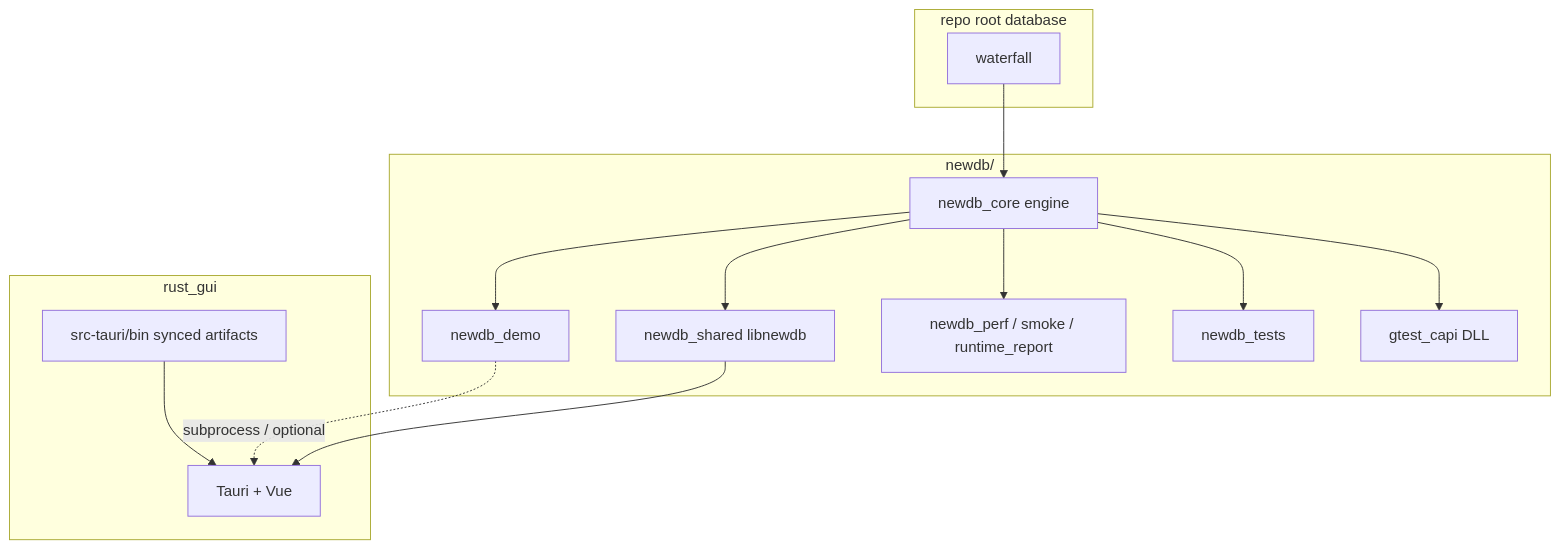
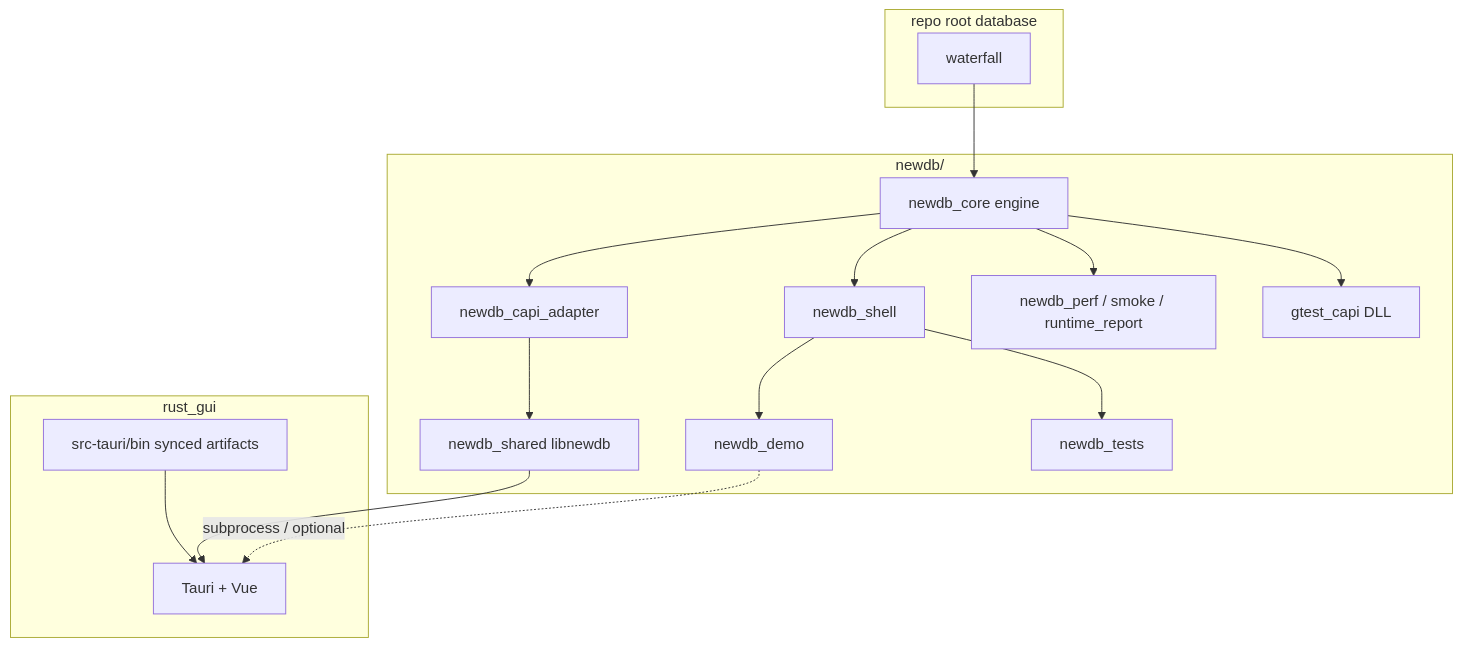
One commit to skyline019/database changed the first of 4 diagrams in README.en.md. Above: the diagram before and after it, drawn with Mermaid. The commit also changed other lines of this file and 212 other files, not shown here.

````diff
--- a/README.en.md
+++ b/README.en.md
@@ -33,30 +33,34 @@
 ```mermaid
 flowchart TB
   subgraph repo["repo root database"]
     WF[waterfall]
   end
 
   subgraph newdb["newdb/"]
     ENG[newdb_core engine]
+    CAP[newdb_capi_adapter]
+    SH[newdb_shell]
     DEM[newdb_demo]
     DLL[newdb_shared libnewdb]
     TOOLS[newdb_perf / smoke / runtime_report]
     TESTS[newdb_tests]
     GCAPI[gtest_capi DLL]
   end
 
   subgraph gui["rust_gui"]
     TAURI[Tauri + Vue]
     BIN[src-tauri/bin synced artifacts]
   end
 
   WF --> ENG
-  ENG --> DEM
-  ENG --> DLL
+  ENG --> CAP
+  CAP --> DLL
+  ENG --> SH
+  SH --> DEM
   ENG --> TOOLS
-  ENG --> TESTS
+  SH --> TESTS
   ENG --> GCAPI
   DLL --> TAURI
   BIN --> TAURI
   DEM -.subprocess / optional.-> TAURI
 ```
````
